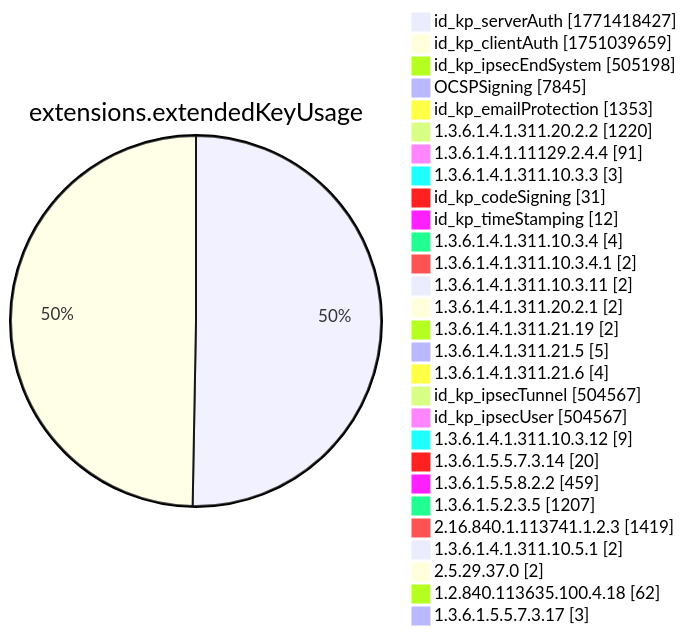
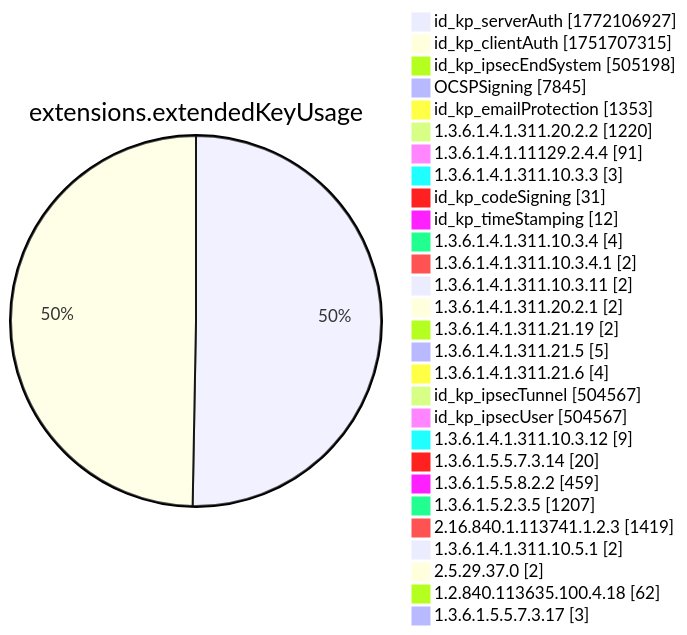
One commit to christiankrug/ctmonitor_visualization changed diagram 12 of 15 in xenon2022/README.md. Above: the diagram before and after it, drawn with Mermaid. The commit also changed other lines of this file, not shown here.

````diff
--- a/xenon2022/README.md
+++ b/xenon2022/README.md
@@ -3893,32 +3893,32 @@
 ```mermaid
 pie showData
 title extensions.extendedKeyUsage
-"id_kp_serverAuth" :1771418427
-"id_kp_clientAuth" :1751039659
+"id_kp_serverAuth" :1772106927
+"id_kp_clientAuth" :1751707315
 "id_kp_ipsecEndSystem" :505198
 "OCSPSigning" :7845
 "id_kp_emailProtection" :1353
 "1.3.6.1.4.1.311.20.2.2" :1220
 "1.3.6.1.4.1.11129.2.4.4" :91
 "1.3.6.1.4.1.311.10.3.3" :3
 "id_kp_codeSigning" :31
 "id_kp_timeStamping" :12
 "1.3.6.1.4.1.311.10.3.4" :4
 "1.3.6.1.4.1.311.10.3.4.1" :2
 "1.3.6.1.4.1.311.10.3.11" :2
 "1.3.6.1.4.1.311.20.2.1" :2
 "1.3.6.1.4.1.311.21.19" :2
 "1.3.6.1.4.1.311.21.5" :5
 "1.3.6.1.4.1.311.21.6" :4
 "id_kp_ipsecTunnel" :504567
 "id_kp_ipsecUser" :504567
 "1.3.6.1.4.1.311.10.3.12" :9
 "1.3.6.1.5.5.7.3.14" :20
 "1.3.6.1.5.5.8.2.2" :459
 "1.3.6.1.5.2.3.5" :1207
 "2.16.840.1.113741.1.2.3" :1419
 "1.3.6.1.4.1.311.10.5.1" :2
 "2.5.29.37.0" :2
 "1.2.840.113635.100.4.18" :62
 "1.3.6.1.5.5.7.3.17" :3
 ```
````
